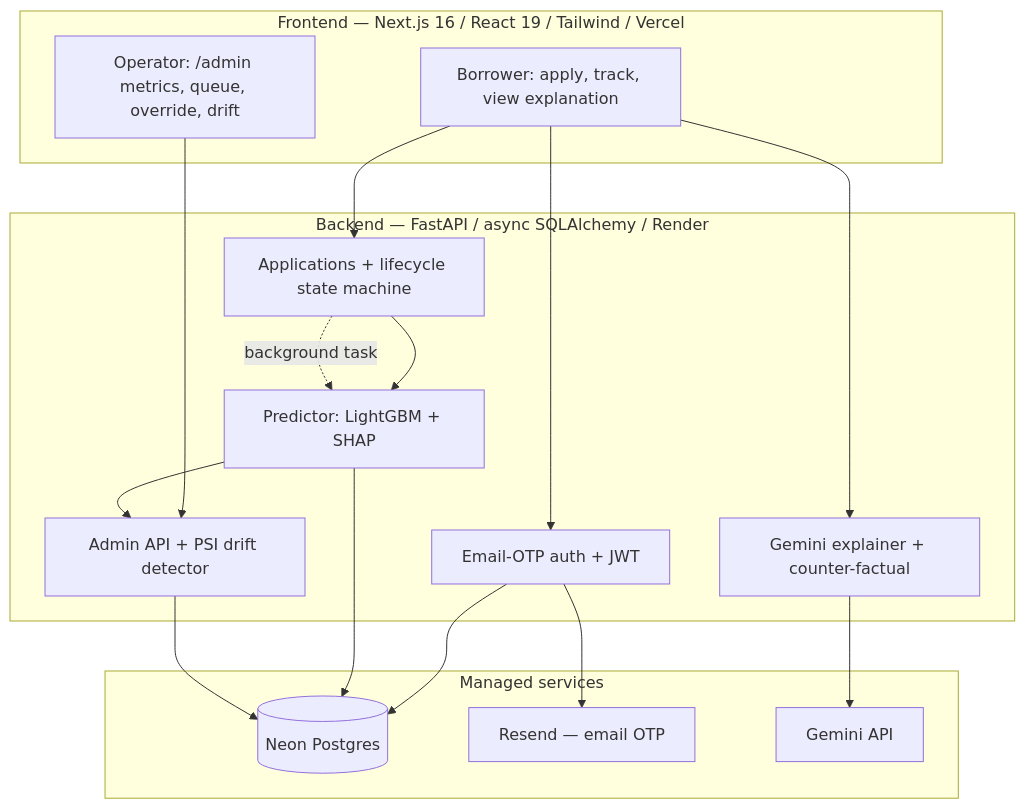
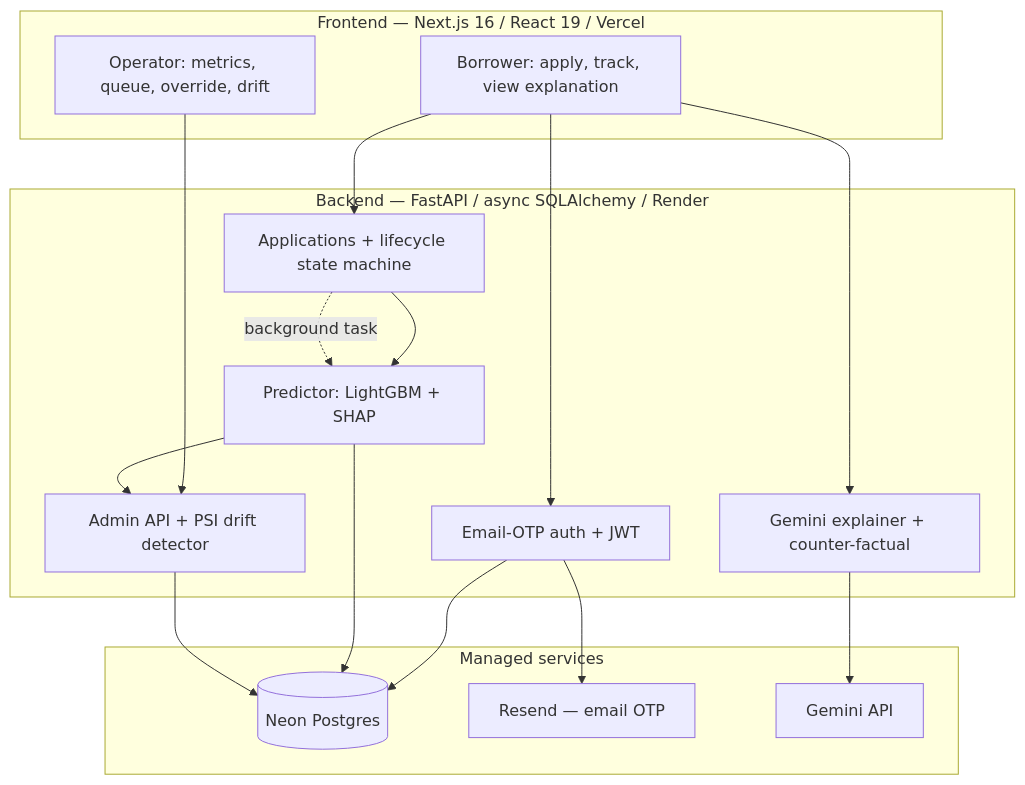
Before and after one commit to Nilanshjain/KisanCredit: the diagram in README.md, drawn with Mermaid. The commit also changed other lines of this file and 1 other file, not shown here.

````diff
--- a/README.md
+++ b/README.md
@@ -95,29 +136,29 @@
 ```mermaid
 flowchart TD
-    subgraph Client["Frontend — Next.js 16 / React 19 / Tailwind / Vercel"]
+    subgraph Client["Frontend — Next.js 16 / React 19 / Vercel"]
         B[Borrower: apply, track, view explanation]
-        A[Operator: /admin metrics, queue, override, drift]
+        A[Operator: metrics, queue, override, drift]
     end
 
     subgraph API["Backend — FastAPI / async SQLAlchemy / Render"]
         AUTH[Email-OTP auth + JWT]
         APP[Applications + lifecycle state machine]
         PRED[Predictor: LightGBM + SHAP]
         LLM[Gemini explainer + counter-factual]
         ADMIN[Admin API + PSI drift detector]
     end
 
     subgraph Data["Managed services"]
         PG[(Neon Postgres)]
         RS[Resend — email OTP]
         GM[Gemini API]
     end
 
     B --> AUTH --> PG
     B --> APP --> PRED --> PG
     APP -. background task .-> PRED
     B --> LLM --> GM
     A --> ADMIN --> PG
     PRED --> ADMIN
     AUTH --> RS
 ```
````
